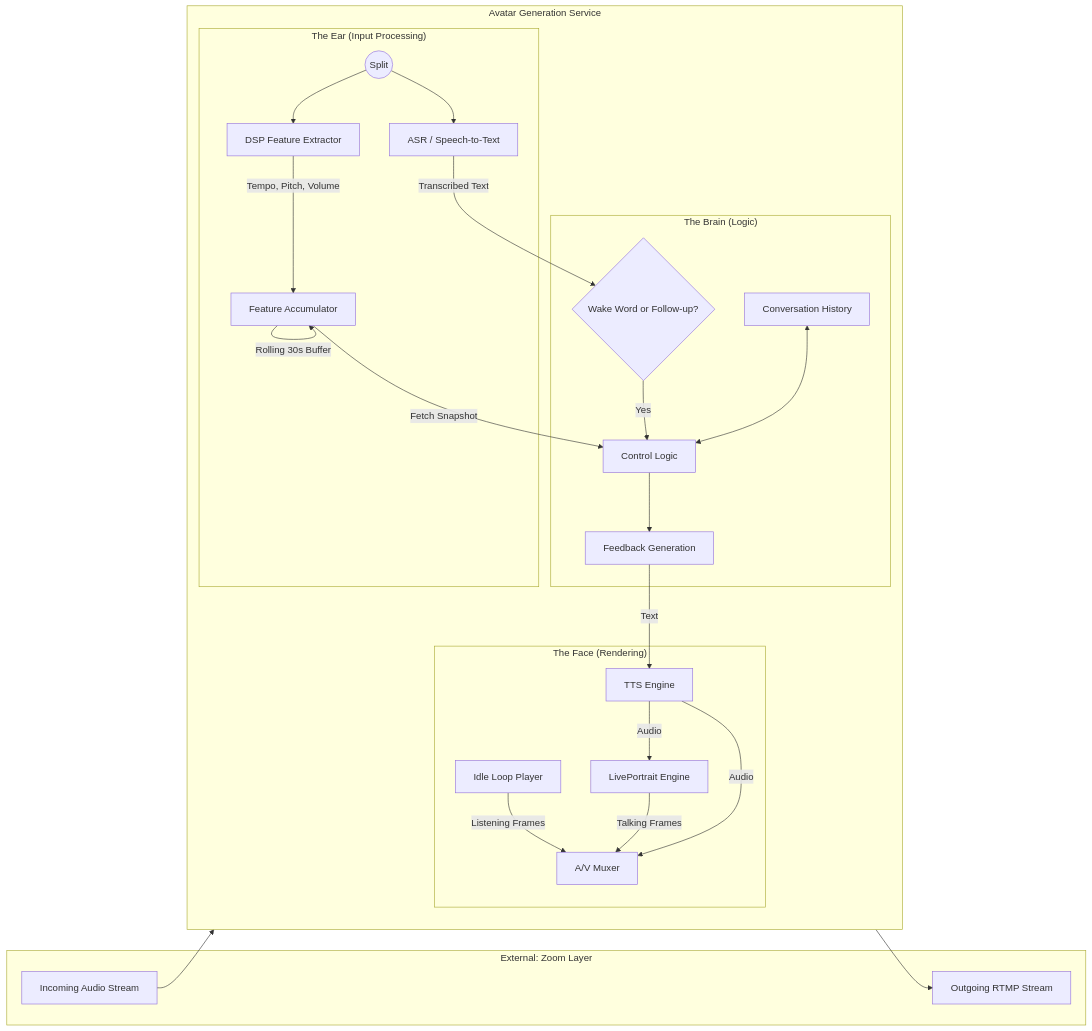
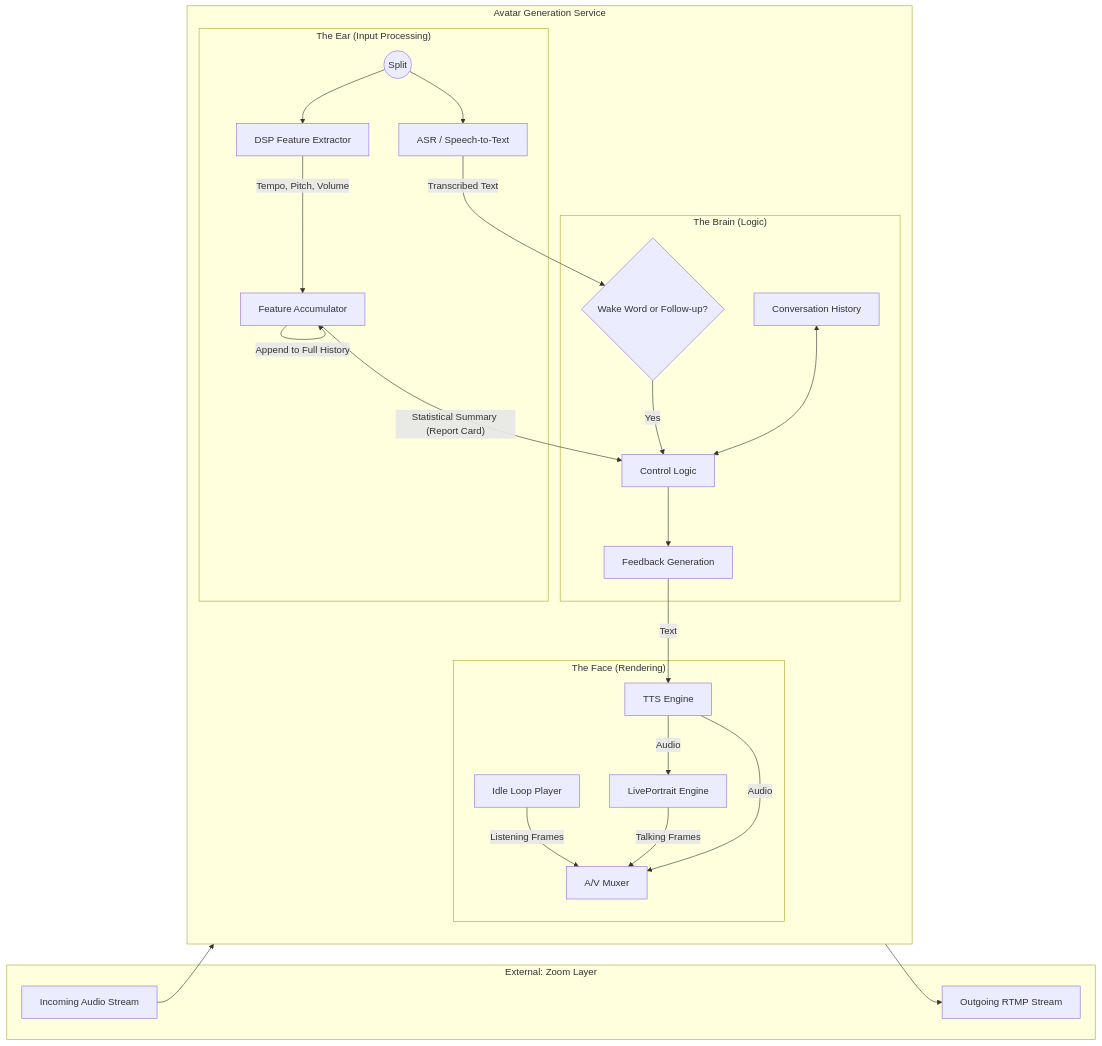
Before and after one commit to YueMenaYang/MusicNBrain-RealtimeAvatar: the diagram in design.md, drawn with Mermaid.

Commit message:
Update ACC transitions in design.md

````diff
--- a/design.md
+++ b/design.md
@@ -27,43 +27,43 @@
 ```mermaid
 graph LR
     subgraph "External: Zoom Layer"
         Z_IN[Incoming Audio Stream]
         Z_OUT[Outgoing RTMP Stream]
     end
 
     subgraph "Avatar Generation Service"
         direction TB
         
         subgraph "The Ear (Input Processing)"
             SPLIT((Split))
             DSP[DSP Feature Extractor]
             ASR[ASR / Speech-to-Text]
             ACC[Feature Accumulator]
             
             SPLIT --> DSP
             SPLIT --> ASR
             DSP -- "Tempo, Pitch, Volume" --> ACC
-            ACC -- "Rolling 30s Buffer" --> ACC
+            ACC -- "Append to Full History" --> ACC
         end
 
         subgraph "The Brain (Logic)"
             ASR -- "Transcribed Text" --> INTENT{Wake Word or Follow-up?}
             INTENT -- "Yes" --> CTRL[Control Logic]
-            ACC -- "Fetch Snapshot" --> CTRL
+            ACC -- "Statistical Summary (Report Card)" --> CTRL
             MEM[Conversation History] <--> CTRL
             CTRL --> LLM[Feedback Generation]
         end
 
         subgraph "The Face (Rendering)"
             LLM -- "Text" --> TTS[TTS Engine]
             TTS -- "Audio" --> LIP[LivePortrait Engine]
             IDLE[Idle Loop Player] -- "Listening Frames" --> MUX
             LIP -- "Talking Frames" --> MUX
             TTS -- "Audio" --> MUX[A/V Muxer]
         end
 
         Z_IN --> SPLIT
         MUX --> Z_OUT
     end
 
 ```
````
